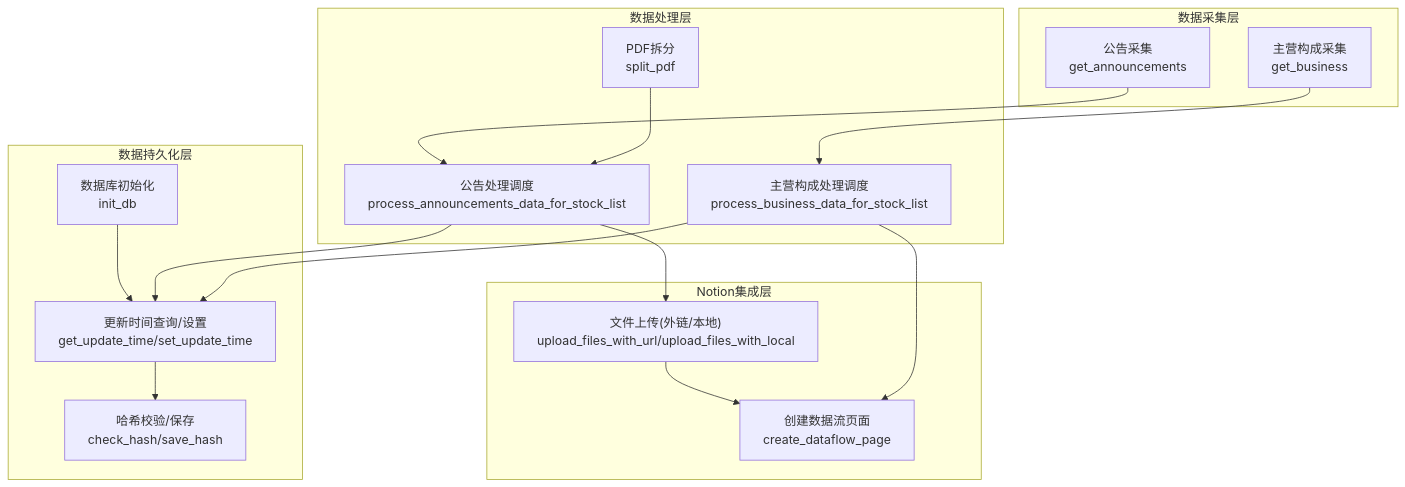
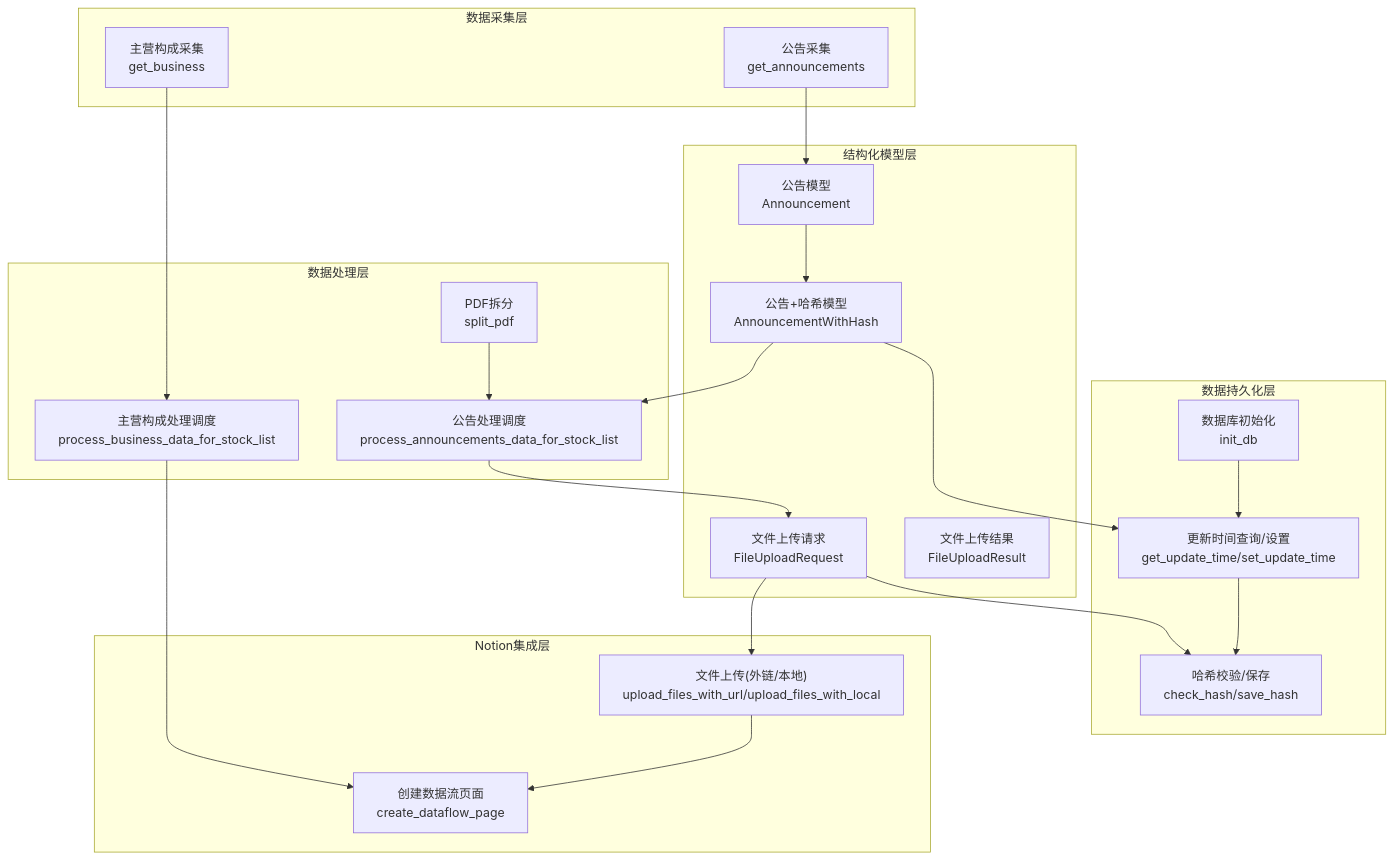
The first of 8 diagrams in .qoder/repowiki/zh/content/数据模型.md (iverwong/DataLife), drawn with Mermaid before and after one commit. The commit also changed other lines of this file and 14 other files, not shown here.

````diff
--- a/.qoder/repowiki/zh/content/数据模型.md
+++ b/.qoder/repowiki/zh/content/数据模型.md
@@ -41,29 +53,37 @@
 ```mermaid
 graph TB
 subgraph "数据采集层"
 A1["公告采集<br/>get_announcements"]
 A2["主营构成采集<br/>get_business"]
 end
 subgraph "数据处理层"
 P1["PDF拆分<br/>split_pdf"]
 P2["公告处理调度<br/>process_announcements_data_for_stock_list"]
 P3["主营构成处理调度<br/>process_business_data_for_stock_list"]
 end
+subgraph "结构化模型层"
+M1["公告模型<br/>Announcement"]
+M2["公告+哈希模型<br/>AnnouncementWithHash"]
+M3["文件上传请求<br/>FileUploadRequest"]
+M4["文件上传结果<br/>FileUploadResult"]
+end
 subgraph "数据持久化层"
 D1["数据库初始化<br/>init_db"]
 D2["更新时间查询/设置<br/>get_update_time/set_update_time"]
 D3["哈希校验/保存<br/>check_hash/save_hash"]
 end
 subgraph "Notion集成层"
 N1["创建数据流页面<br/>create_dataflow_page"]
 N2["文件上传(外链/本地)<br/>upload_files_with_url/upload_files_with_local"]
 end
-A1 --> P2
+A1 --> M1
+M1 --> M2
+M2 --> P2
 A2 --> P3
 P1 --> P2
-P2 --> N2 --> N1
+P2 --> M3 --> N2 --> N1
 P3 --> N1
 D1 --> D2 --> D3
-P2 --> D2
-P3 --> D2
+M2 --> D2
+M3 --> D3
 ```
````
